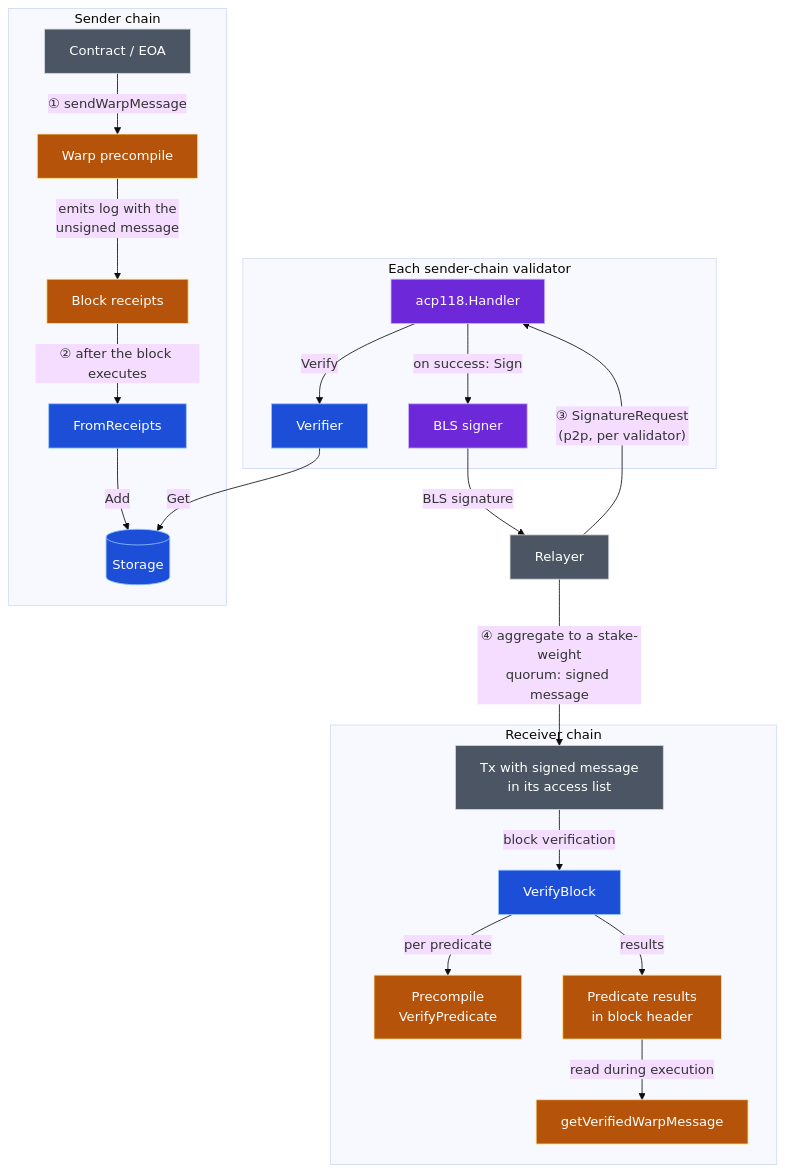
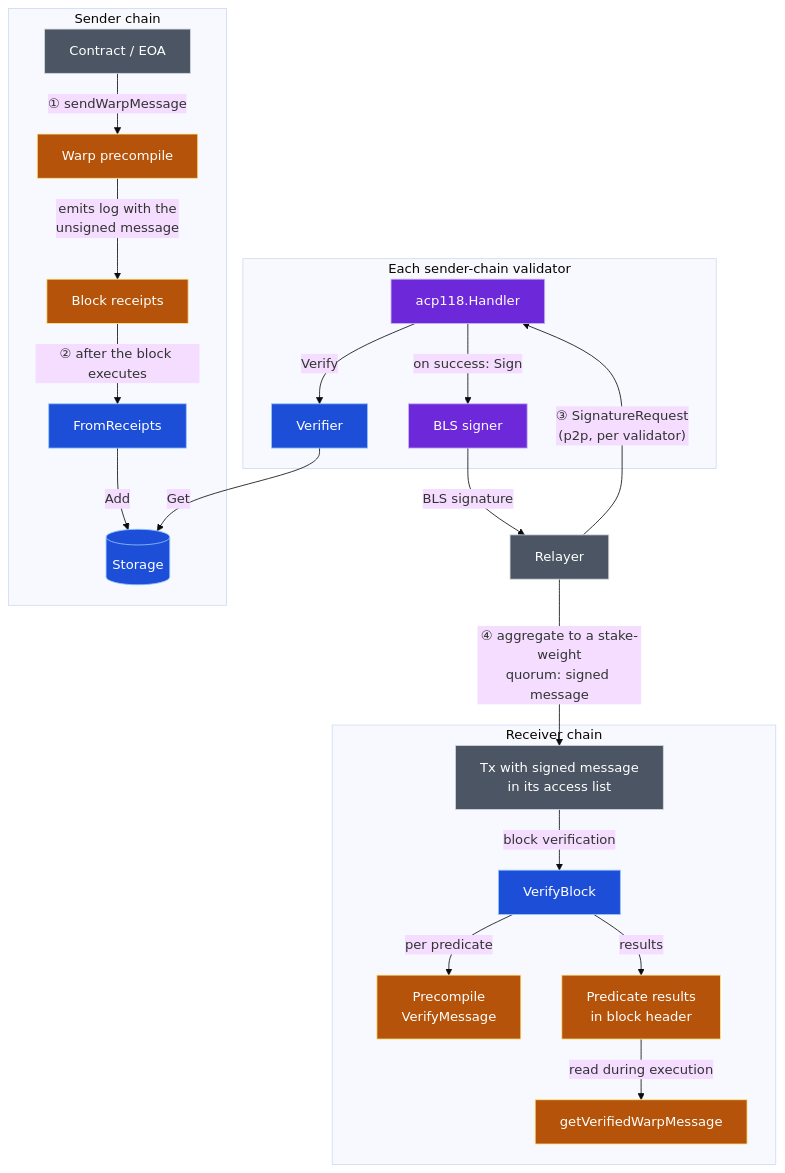
Before and after one commit to ava-labs/avalanchego: the first of 3 diagrams in vms/saevm/cchain/warp/README.md, drawn with Mermaid (base theme). The commit also changed other lines of this file and 60 other files, not shown here.

Commit message:
refactor(evm): finish Warp message API in warpmsg

````diff
--- a/vms/saevm/cchain/warp/README.md
+++ b/vms/saevm/cchain/warp/README.md
@@ -11,46 +11,46 @@
 ```mermaid
 flowchart TD
     subgraph SC["Sender chain"]
         user["Contract / EOA"]:::ext
         pre["Warp precompile"]:::evm
         rcpt["Block receipts"]:::evm
         fr["FromReceipts"]:::pkg
         store[("Storage")]:::pkg
     end
 
     subgraph VAL["Each sender-chain validator"]
         h["acp118.Handler"]:::plat
         v["Verifier"]:::pkg
         sgn["BLS signer"]:::plat
     end
 
     rel["Relayer"]:::ext
 
     subgraph RC["Receiver chain"]
         tx["Tx with signed message<br/>in its access list"]:::ext
         vb["VerifyBlock"]:::pkg
-        vp["Precompile<br/>VerifyPredicate"]:::evm
+        vp["Precompile<br/>VerifyMessage"]:::evm
         hdr["Predicate results<br/>in block header"]:::evm
         gvm["getVerifiedWarpMessage"]:::evm
     end
 
     user -->|"① sendWarpMessage"| pre
     pre -->|"emits log with the<br/>unsigned message"| rcpt
     rcpt -->|"② after the block executes"| fr
     fr -->|"Add"| store
     rel -->|"③ SignatureRequest<br/>(p2p, per validator)"| h
     h -->|"Verify"| v
     v -->|"Get"| store
     h -->|"on success: Sign"| sgn
     sgn -->|"BLS signature"| rel
     rel -->|"④ aggregate to a stake-weight<br/>quorum: signed message"| tx
     tx -->|"block verification"| vb
     vb -->|"per predicate"| vp
     vb -->|"results"| hdr
     hdr -->|"read during execution"| gvm
 
     classDef pkg fill:#1d4ed8,stroke:#93c5fd,color:#fff
     classDef evm fill:#b45309,stroke:#fde68a,color:#fff
     classDef plat fill:#6d28d9,stroke:#c4b5fd,color:#fff
     classDef ext fill:#4b5563,stroke:#d1d5db,color:#fff
 ```
````
